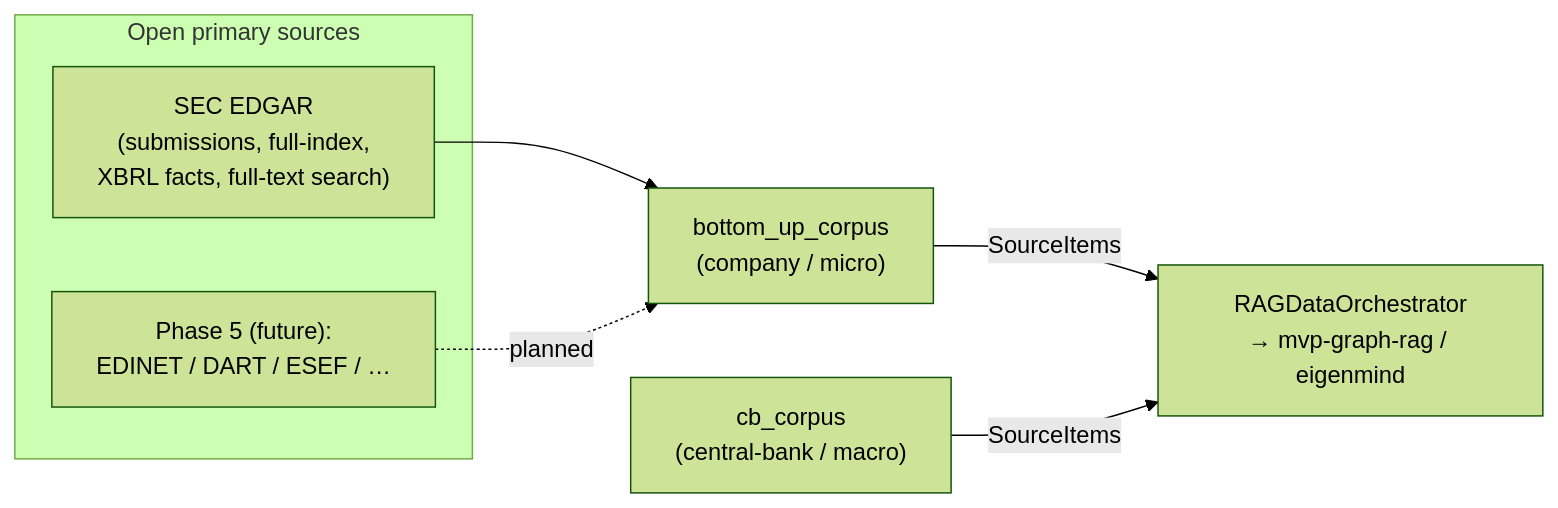
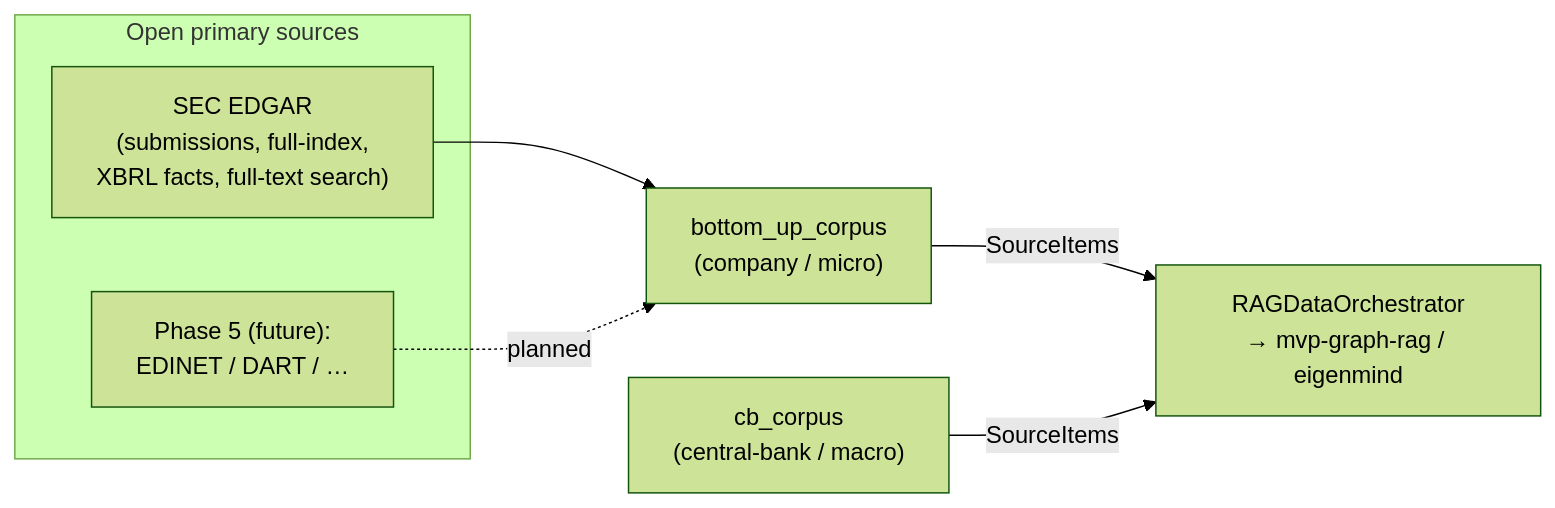
The first of 7 diagrams in docs/ARCHITECTURE.md (jeulinmarc/bottom_up_corpus), drawn with Mermaid (forest theme) before and after one commit. The commit also changed other lines of this file and 9 other files, not shown here.

First line of the commit message:
docs(registers): examples 25-29 + bring README/ROADMAP/ARCHITECTURE current

````diff
--- a/docs/ARCHITECTURE.md
+++ b/docs/ARCHITECTURE.md
@@ -23,15 +23,15 @@
 ```mermaid
 flowchart LR
     subgraph sources["Open primary sources"]
         EDGAR["SEC EDGAR<br/>(submissions, full-index,<br/>XBRL facts, full-text search)"]
-        FUT["Phase 5 (future):<br/>EDINET / DART / ESEF / …"]
+        FUT["Phase 5 (future):<br/>EDINET / DART / …"]
     end
     BUC["bottom_up_corpus<br/>(company / micro)"]
     CBC["cb_corpus<br/>(central-bank / macro)"]
     RAG["RAGDataOrchestrator<br/>→ mvp-graph-rag / eigenmind"]
 
     EDGAR --> BUC
     FUT -.planned.-> BUC
     BUC -->|SourceItems| RAG
     CBC -->|SourceItems| RAG
 ```
````
